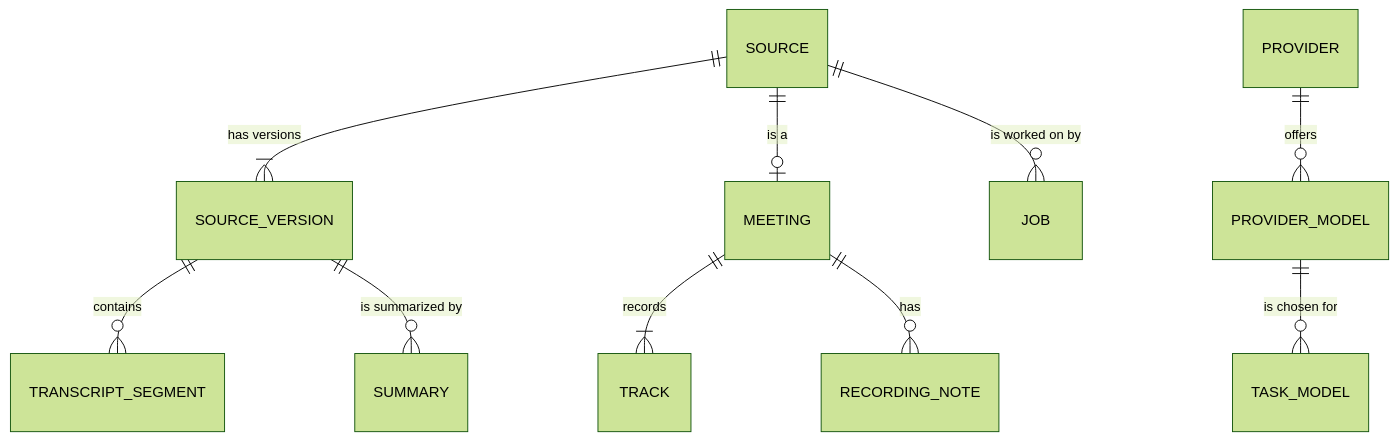
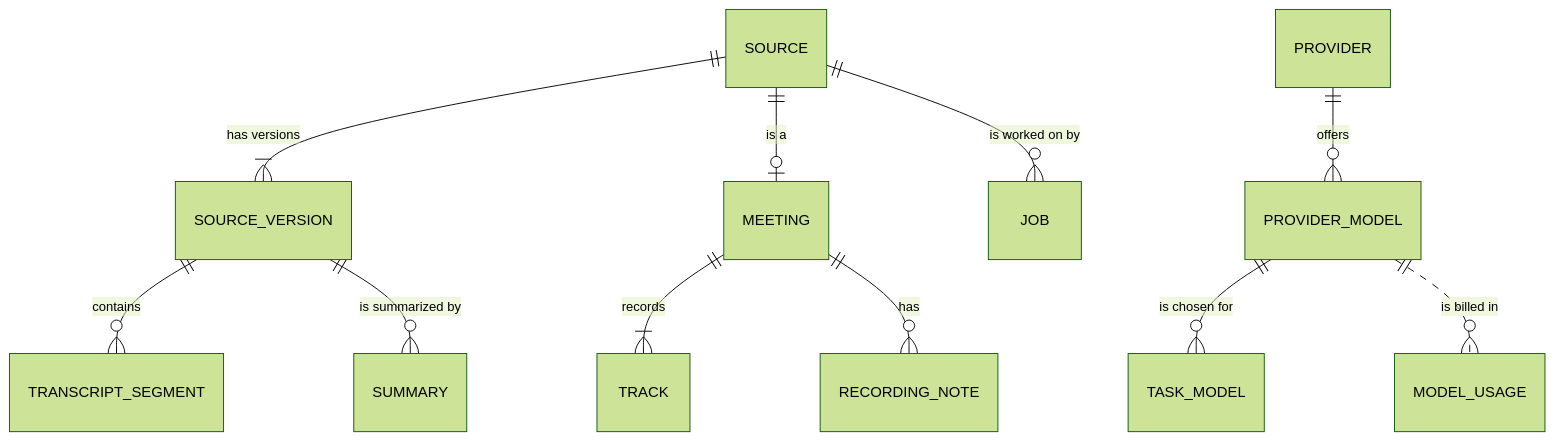
Before and after one commit to lorenzotricaricoo/Trama: the diagram in docs/architecture/data-model.md, drawn with Mermaid (forest theme). The commit also changed other lines of this file and 51 other files, not shown here.

````diff
--- a/docs/architecture/data-model.md
+++ b/docs/architecture/data-model.md
@@ -59,12 +61,13 @@
 ```mermaid
 erDiagram
     SOURCE ||--|{ SOURCE_VERSION : "has versions"
     SOURCE ||--o| MEETING : "is a"
     SOURCE ||--o{ JOB : "is worked on by"
     MEETING ||--|{ TRACK : "records"
     MEETING ||--o{ RECORDING_NOTE : "has"
     SOURCE_VERSION ||--o{ TRANSCRIPT_SEGMENT : "contains"
     SOURCE_VERSION ||--o{ SUMMARY : "is summarized by"
     PROVIDER ||--o{ PROVIDER_MODEL : "offers"
     PROVIDER_MODEL ||--o{ TASK_MODEL : "is chosen for"
+    PROVIDER_MODEL ||..o{ MODEL_USAGE : "is billed in"
 ```
````
